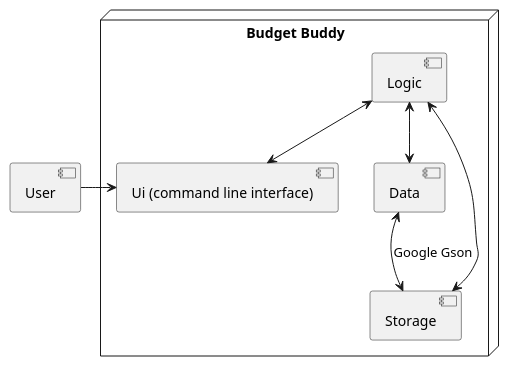
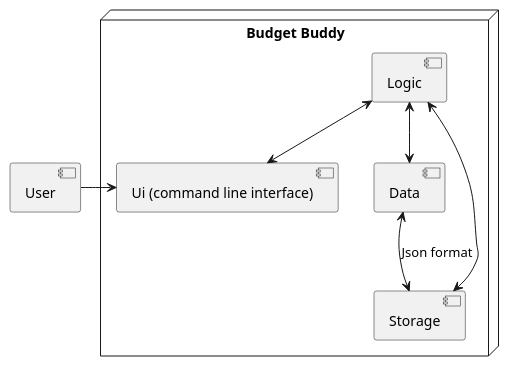
Before and after one commit to stephenkyang/tp: the diagram in docs/diagrams/ArchitectureDiagram.puml, drawn with PlantUML. The commit also changed 2 other files, not shown here.

Commit message:
update sequence diagram explaination, update Architectural diagram

```diff
--- a/docs/diagrams/ArchitectureDiagram.puml
+++ b/docs/diagrams/ArchitectureDiagram.puml
@@ -1,15 +1,15 @@
 @startuml
 node "Budget Buddy" {
     [Ui (command line interface)]
     [Logic]
     [Data]
     [Storage]
 
 }
 
 [User] -> [Ui (command line interface)]
 [Logic] <--> [Ui (command line interface)]
 [Logic] <--> [Data]
-[Data] <--> [Storage] : Google Gson
+[Data] <--> [Storage] : Json format
 [Logic] <--> [Storage]
 @enduml
```
